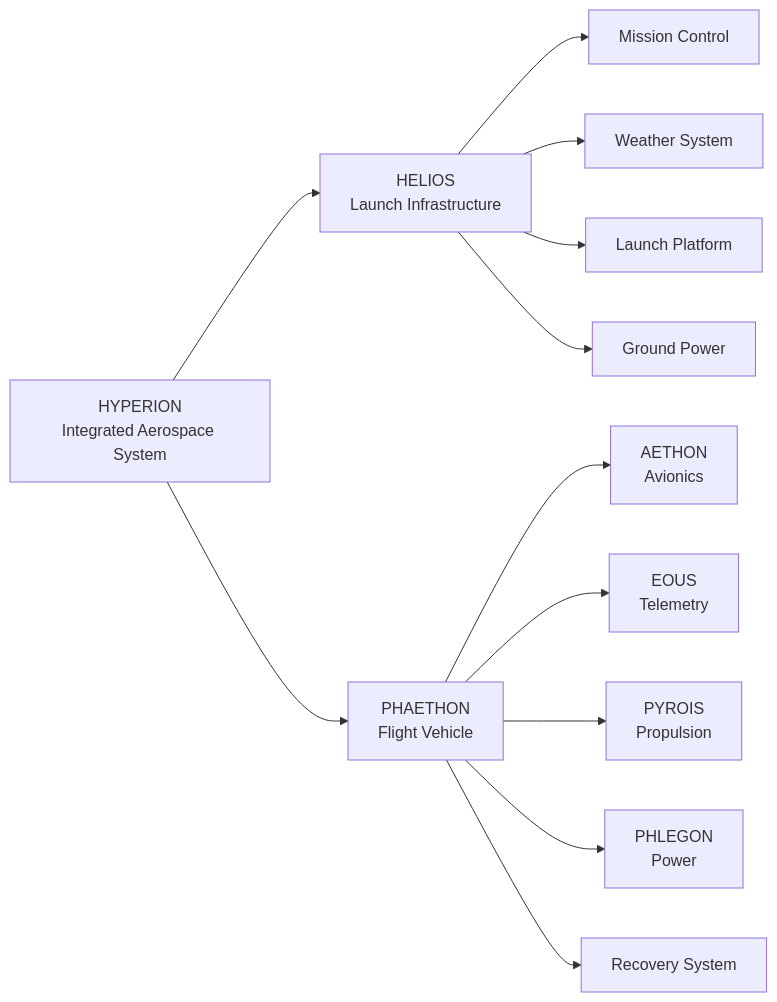
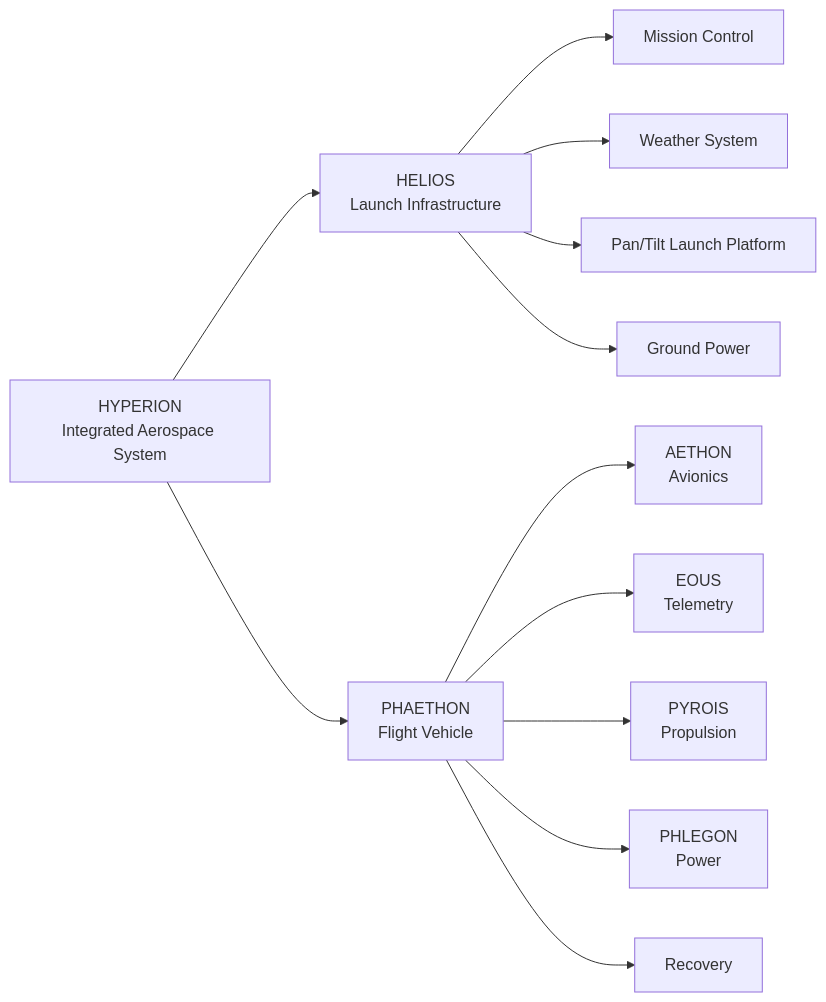
One commit to LowFat-BaconWrap/Hyperion-Integrated-Aerospace-System changed the diagram in README.md. Above: the diagram before and after it, drawn with Mermaid. The commit also changed other lines of this file, not shown here.

````diff
--- a/README.md
+++ b/README.md
@@ -35,19 +21,19 @@
 ```mermaid
 graph LR
 
 H[HYPERION<br>Integrated Aerospace System]
 
 H --> HELIOS[HELIOS<br>Launch Infrastructure]
 H --> PHAETHON[PHAETHON<br>Flight Vehicle]
 
-HELIOS --> MC[Mission Control]
+HELIOS --> CONTROL[Mission Control]
 HELIOS --> WEATHER[Weather System]
-HELIOS --> PLATFORM[Launch Platform]
+HELIOS --> PLATFORM[Pan/Tilt Launch Platform]
 HELIOS --> POWER[Ground Power]
 
 PHAETHON --> AETHON[AETHON<br>Avionics]
 PHAETHON --> EOUS[EOUS<br>Telemetry]
 PHAETHON --> PYROIS[PYROIS<br>Propulsion]
 PHAETHON --> PHLEGON[PHLEGON<br>Power]
-PHAETHON --> RECOVERY[Recovery System]
+PHAETHON --> RECOVERY[Recovery]
 ```
````
